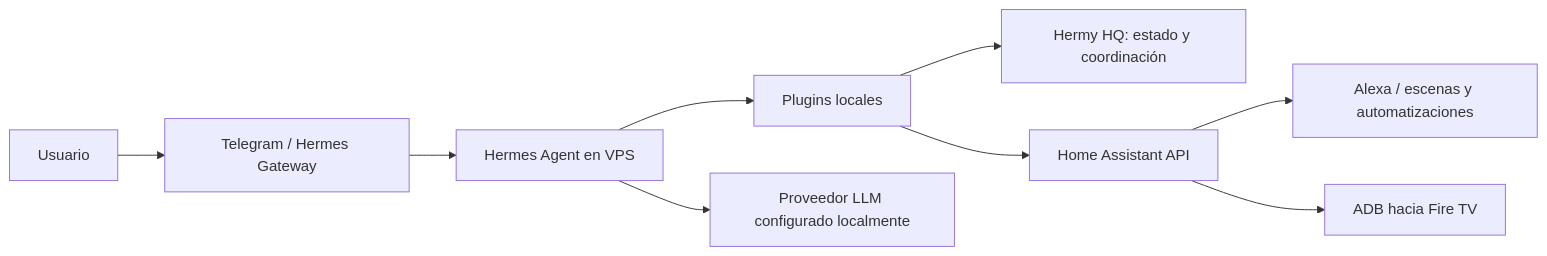
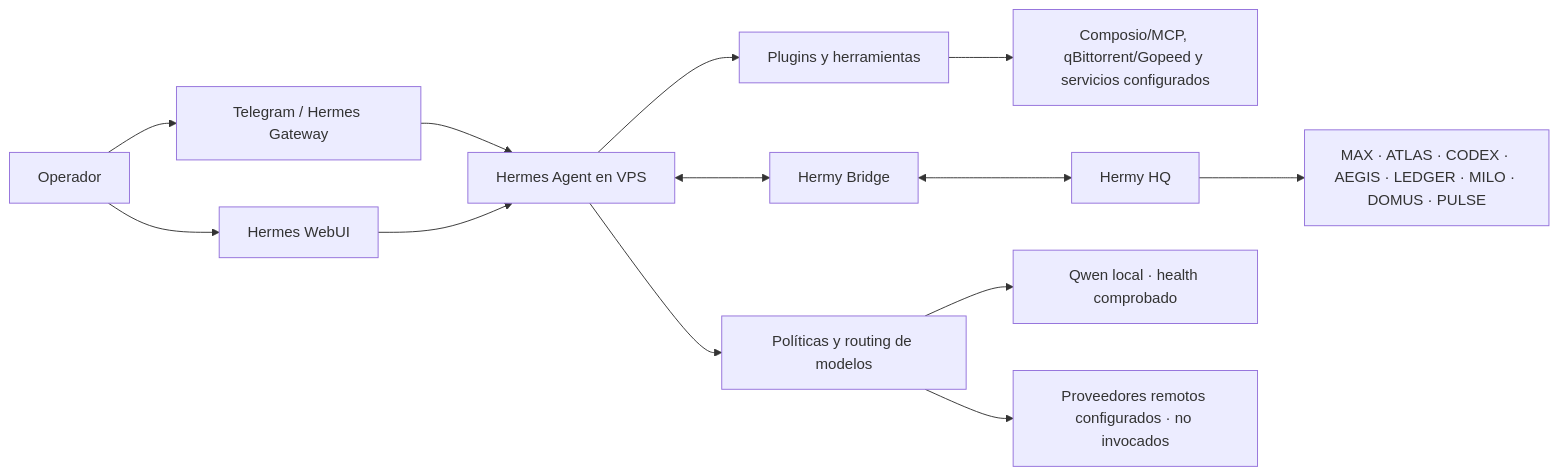
One commit to Reynaldo8509/hermes-agent-personalized changed the diagram in README.md. Above: the diagram before and after it, drawn with Mermaid. The commit also changed other lines of this file and 20 other files, not shown here.

First line of the commit message:
feat: publish verified Hermes customizations and architecture docs (#1)

````diff
--- a/README.md
+++ b/README.md
@@ -30,11 +46,15 @@
 ```mermaid
 flowchart LR
-  U[Usuario] --> TG[Telegram / Hermes Gateway]
+  U[Operador] --> TG[Telegram / Hermes Gateway]
+  U --> WEB[Hermes WebUI]
   TG --> H[Hermes Agent en VPS]
-  H --> P[Plugins locales]
-  P --> HQ[Hermy HQ: estado y coordinación]
-  P --> HA[Home Assistant API]
-  HA --> AL[Alexa / escenas y automatizaciones]
-  HA --> ADB[ADB hacia Fire TV]
-  H --> LLM[Proveedor LLM configurado localmente]
+  WEB --> H
+  H --> PL[Plugins y herramientas]
+  H --> MR[Políticas y routing de modelos]
+  PL --> EXT[Composio/MCP, qBittorrent/Gopeed y servicios configurados]
+  H <--> BR[Hermy Bridge]
+  BR <--> HQ[Hermy HQ]
+  HQ --> AG[MAX · ATLAS · CODEX · AEGIS · LEDGER · MILO · DOMUS · PULSE]
+  MR --> Q[Qwen local · health comprobado]
+  MR --> FREE[Proveedores remotos configurados · no invocados]
 ```
````
